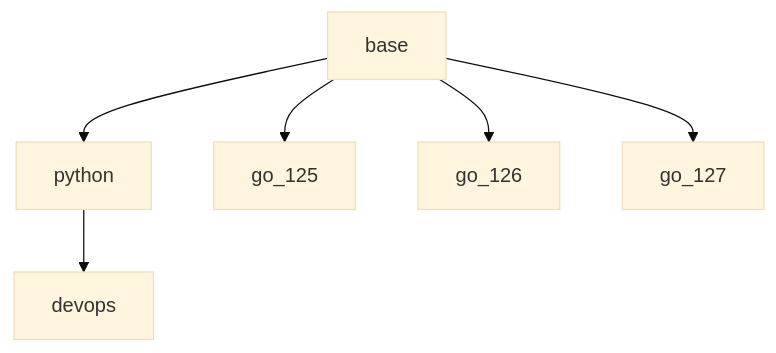
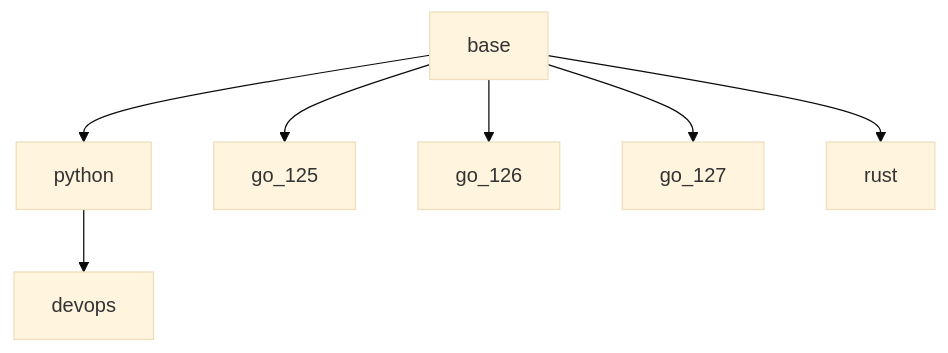
One commit to ivanklee86/devcontainers changed the diagram in docs/architecture.md. Above: the diagram before and after it, drawn with Mermaid (base theme). The commit also changed other lines of this file and 7 other files, not shown here.

First line of the commit message:
Add uv and Python 3.14/3.15 to base, and a Rust devcontainer

````diff
--- a/docs/architecture.md
+++ b/docs/architecture.md
@@ -5,8 +5,9 @@
 ```mermaid
 graph TD
     base --> python
     base --> go_125
     base --> go_126
     base --> go_127
+    base --> rust
     python --> devops
 ```
````
